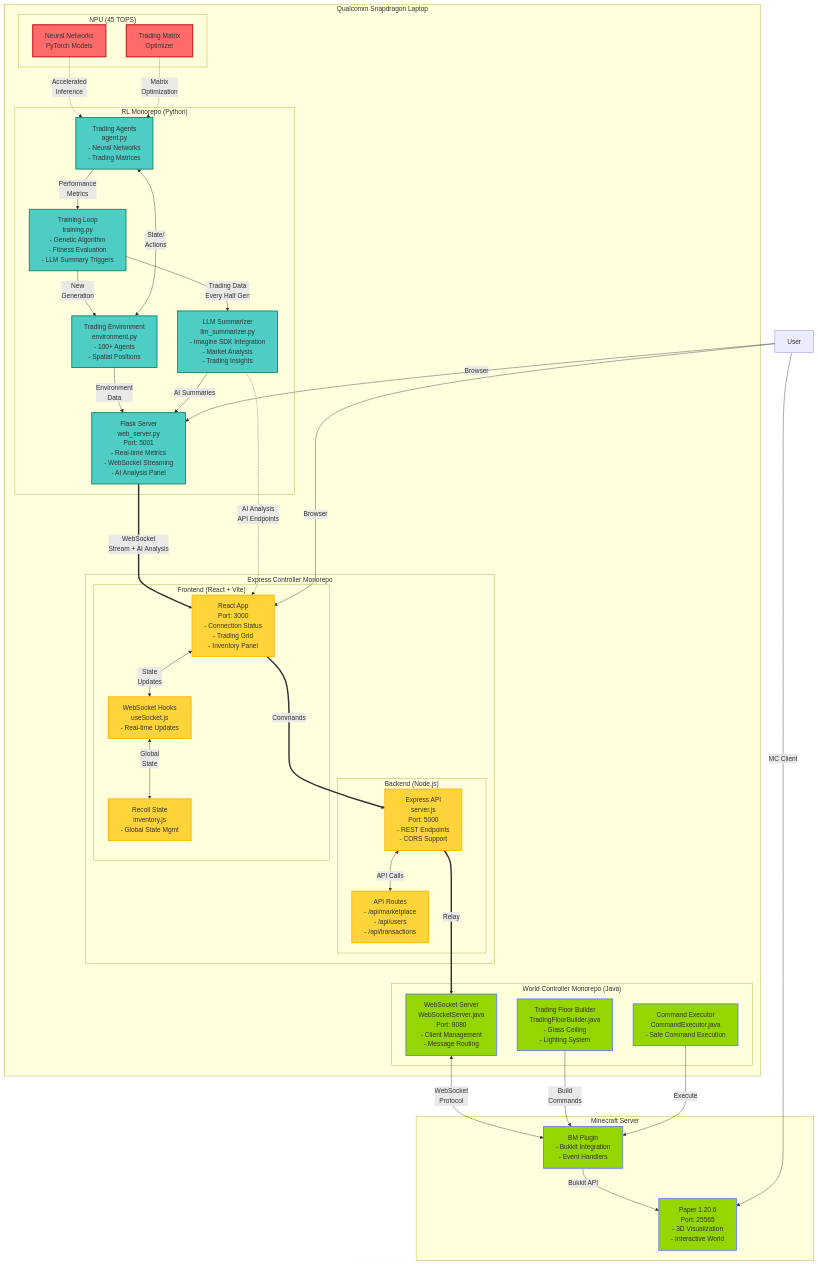
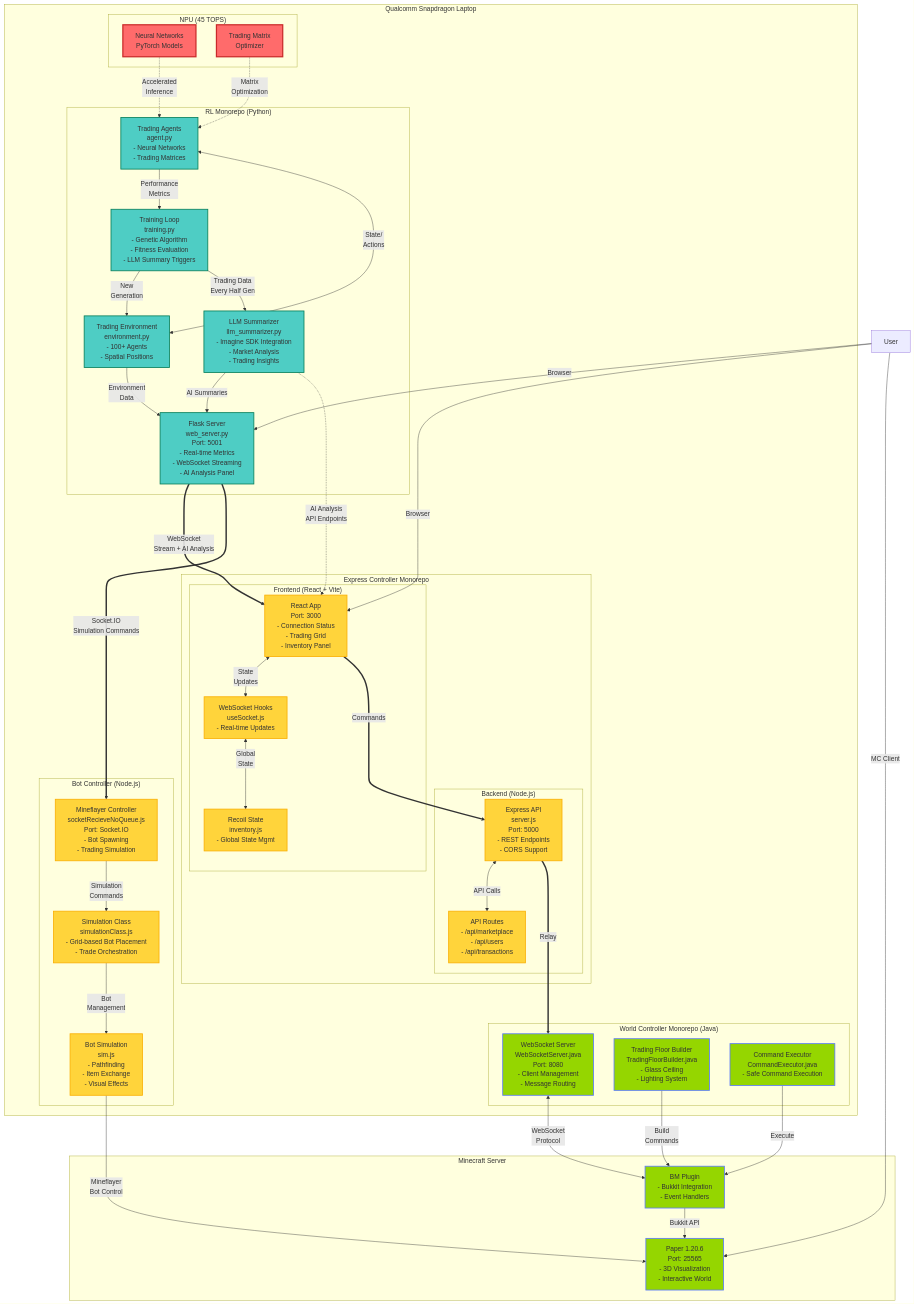
Before and after one commit to DIodide/blockmarket: the diagram in README.md, drawn with Mermaid. The commit also changed other lines of this file, not shown here.

Commit message:
Enhance README to include Bot Controller details and update architecture overview. Added sections for Mineflayer bot control, simulation commands, and setup instructions for the Node.js monorepo.

````diff
--- a/README.md
+++ b/README.md
@@ -55,6 +55,12 @@
             FLOOR_BUILDER[Trading Floor Builder<br/>TradingFloorBuilder.java<br/>- Glass Ceiling<br/>- Lighting System]
             CMD_EXEC[Command Executor<br/>CommandExecutor.java<br/>- Safe Command Execution]
         end
+
+        subgraph "Bot Controller (Node.js)"
+            MINEFLAYER[Mineflayer Controller<br/>socketRecieveNoQueue.js<br/>Port: Socket.IO<br/>- Bot Spawning<br/>- Trading Simulation]
+            SIM_CLASS[Simulation Class<br/>simulationClass.js<br/>- Grid-based Bot Placement<br/>- Trade Orchestration]
+            BOT_SIM[Bot Simulation<br/>sim.js<br/>- Pathfinding<br/>- Item Exchange<br/>- Visual Effects]
+        end
     end
 
     subgraph "Minecraft Server"
@@ -79,17 +85,23 @@
     REACT <-->|State<br/>Updates| HOOKS
     HOOKS <-->|Global<br/>State| ATOMS
 
+    %% Bot Controller Internal Flow
+    MINEFLAYER -->|Simulation<br/>Commands| SIM_CLASS
+    SIM_CLASS -->|Bot<br/>Management| BOT_SIM
+
     %% Socket Tunneling & Data Flow
     FLASK ===>|WebSocket<br/>Stream + AI Analysis| REACT
     REACT ===>|Commands| EXPRESS
     EXPRESS ===>|Relay| WS_SERVER
     LLM -.->|AI Analysis<br/>API Endpoints| REACT
+    FLASK ===>|Socket.IO<br/>Simulation Commands| MINEFLAYER
 
     %% Minecraft Integration
     WS_SERVER <-->|WebSocket<br/>Protocol| PLUGIN
     PLUGIN -->|Bukkit API| MC
     FLOOR_BUILDER -->|Build<br/>Commands| PLUGIN
     CMD_EXEC -->|Execute| PLUGIN
+    BOT_SIM -->|Mineflayer<br/>Bot Control| MC
 
     %% User Interactions
     USER[User]
@@ -107,4 +119,5 @@
     class ENV,AGENT,TRAIN,FLASK,LLM rlStyle
     class EXPRESS,ROUTES,REACT,HOOKS,ATOMS expressStyle
     class WS_SERVER,FLOOR_BUILDER,CMD_EXEC,MC,PLUGIN mcStyle
+    class MINEFLAYER,SIM_CLASS,BOT_SIM expressStyle
 ```
````
